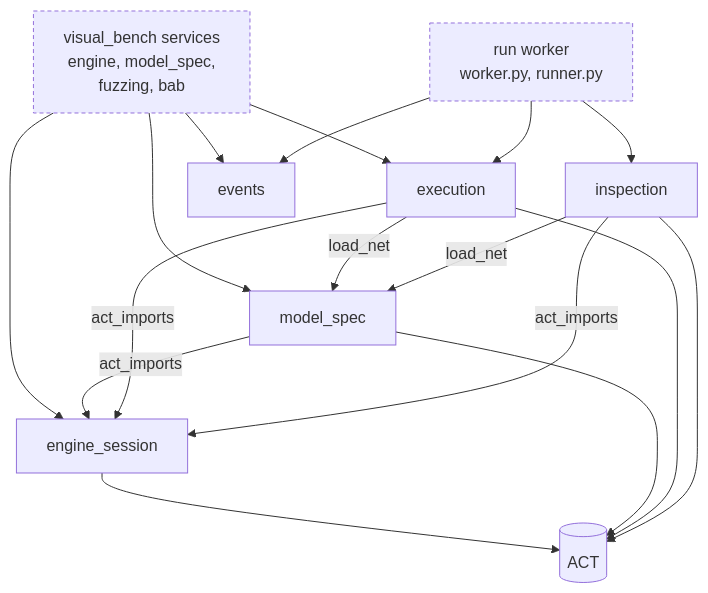
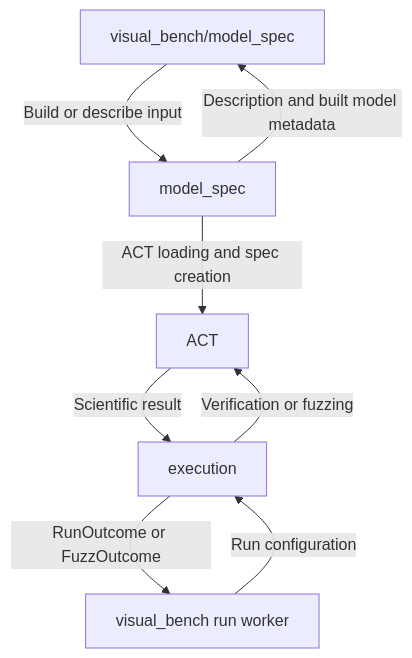
Before and after one commit to SVF-tools/ACT-GUI: the first of 2 diagrams in engine_bridge/README.md, drawn with Mermaid. The commit also changed other lines of this file and 20 other files, not shown here.

````diff
--- a/engine_bridge/README.md
+++ b/engine_bridge/README.md
@@ -62,17 +24,11 @@
 ```mermaid
 flowchart TB
-  classDef ext stroke-dasharray: 4 3
-  VBS["visual_bench services<br/>engine, model_spec,<br/>fuzzing, bab"]:::ext
-  W["run worker<br/>worker.py, runner.py"]:::ext
-  EX["execution"]
-  IN["inspection"]
-  EV["events"]
-  MS["model_spec"]
-  ES["engine_session"]
-  ACT[("ACT")]
-  VBS --> ES & MS & EX & EV
-  W --> EX & IN & EV
-  EX & IN -- "load_net" --> MS
-  MS & EX & IN -- "act_imports" --> ES
-  ES & MS & EX & IN --> ACT
+  Models["visual_bench/model_spec"] -->|"Build or describe input"| MS["model_spec"]
+  MS -->|"ACT loading and spec creation"| ACT["ACT"]
+  MS -->|"Description and built model metadata"| Models
+  Worker["visual_bench run worker"] -->|"Run configuration"| EX["execution"]
+  EX -->|"Verification or fuzzing"| ACT
+  ACT -->|"Scientific result"| EX
+  EX -->|"RunOutcome or FuzzOutcome"| Worker
+
 ```
````
